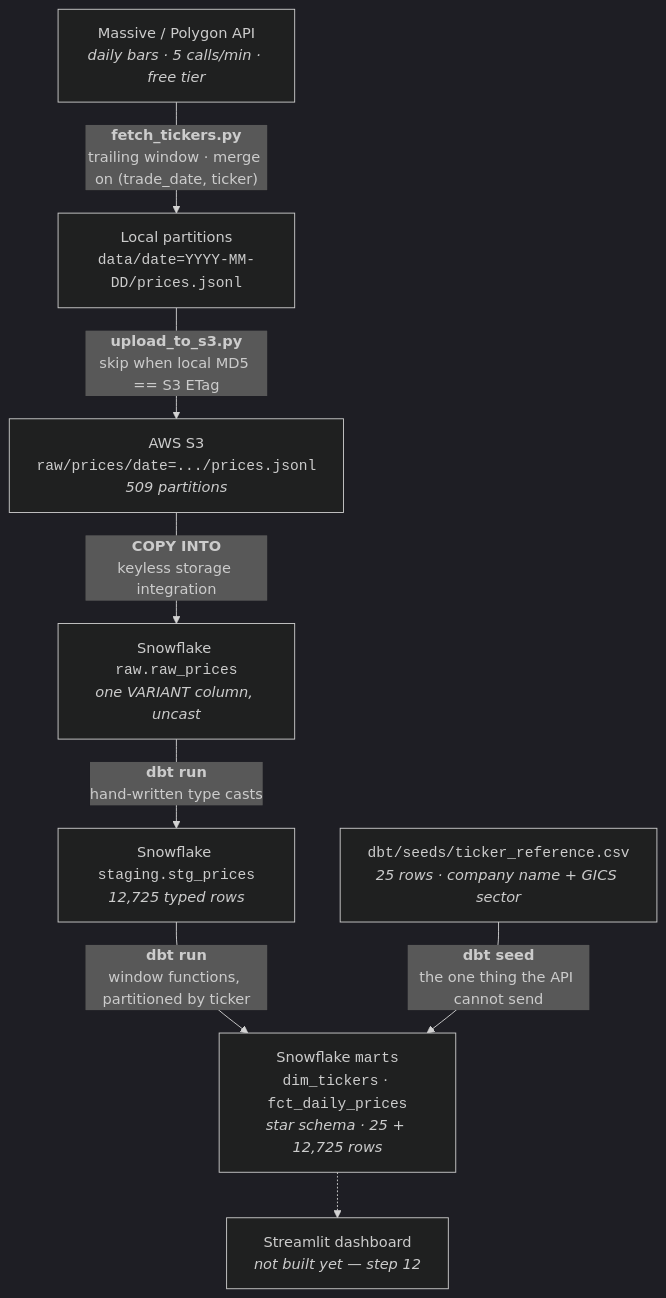
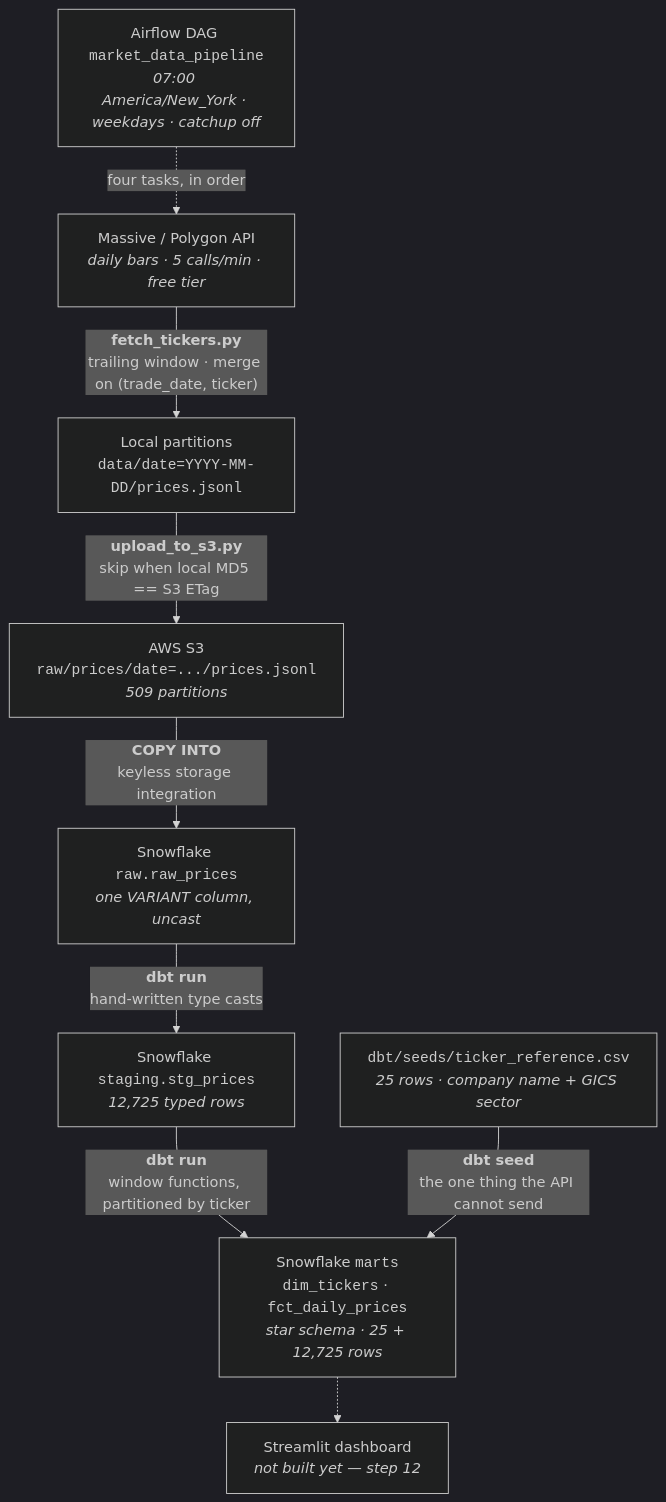
One commit to pratik-j-patel/market-data-pipeline changed the diagram in README.md. Above: the diagram before and after it, drawn with Mermaid (dark theme). The commit also changed other lines of this file and 4 other files, not shown here.

Commit message:
Add the Airflow orchestrator: extended image, compose stack, and the DAG

````diff
--- a/README.md
+++ b/README.md
@@ -31,19 +31,21 @@
 ```mermaid
 flowchart TD
+    AF["Airflow DAG <code>market_data_pipeline</code><br/><i>07:00 America/New_York · weekdays · catchup off</i>"]
     API["Massive / Polygon API<br/><i>daily bars · 5 calls/min · free tier</i>"]
     LOCAL["Local partitions<br/><code>data/date=YYYY-MM-DD/prices.jsonl</code>"]
     S3["AWS S3<br/><code>raw/prices/date=.../prices.jsonl</code><br/><i>509 partitions</i>"]
     RAW["Snowflake <code>raw.raw_prices</code><br/><i>one VARIANT column, uncast</i>"]
     STG["Snowflake <code>staging.stg_prices</code><br/><i>12,725 typed rows</i>"]
     SEED["<code>dbt/seeds/ticker_reference.csv</code><br/><i>25 rows · company name + GICS sector</i>"]
     MARTS["Snowflake <code>marts</code><br/><code>dim_tickers</code> · <code>fct_daily_prices</code><br/><i>star schema · 25 + 12,725 rows</i>"]
     DASH["Streamlit dashboard<br/><i>not built yet — step 12</i>"]
 
+    AF -.->|"four tasks, in order"| API
     API -->|"<b>fetch_tickers.py</b><br/>trailing window · merge on (trade_date, ticker)"| LOCAL
     LOCAL -->|"<b>upload_to_s3.py</b><br/>skip when local MD5 == S3 ETag"| S3
     S3 -->|"<b>COPY INTO</b><br/>keyless storage integration"| RAW
     RAW -->|"<b>dbt run</b><br/>hand-written type casts"| STG
     STG -->|"<b>dbt run</b><br/>window functions, partitioned by ticker"| MARTS
     SEED -->|"<b>dbt seed</b><br/>the one thing the API cannot send"| MARTS
     MARTS -.-> DASH
 ```
````
